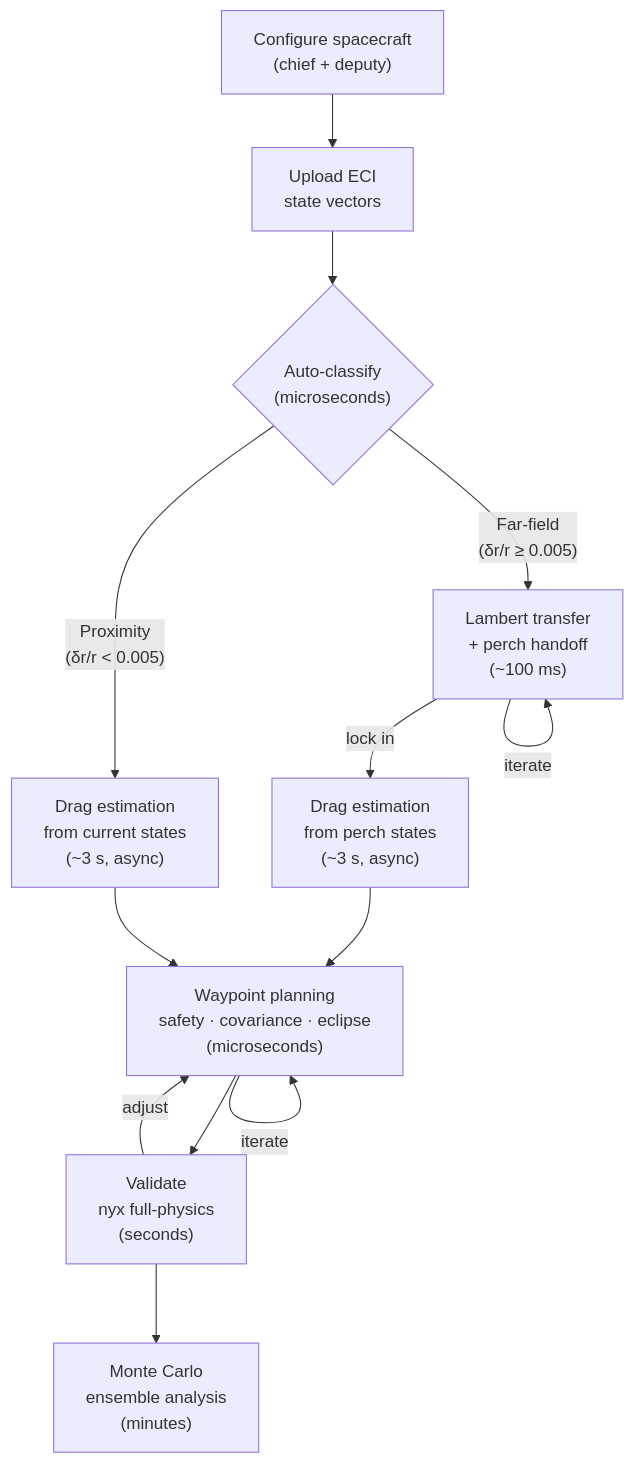
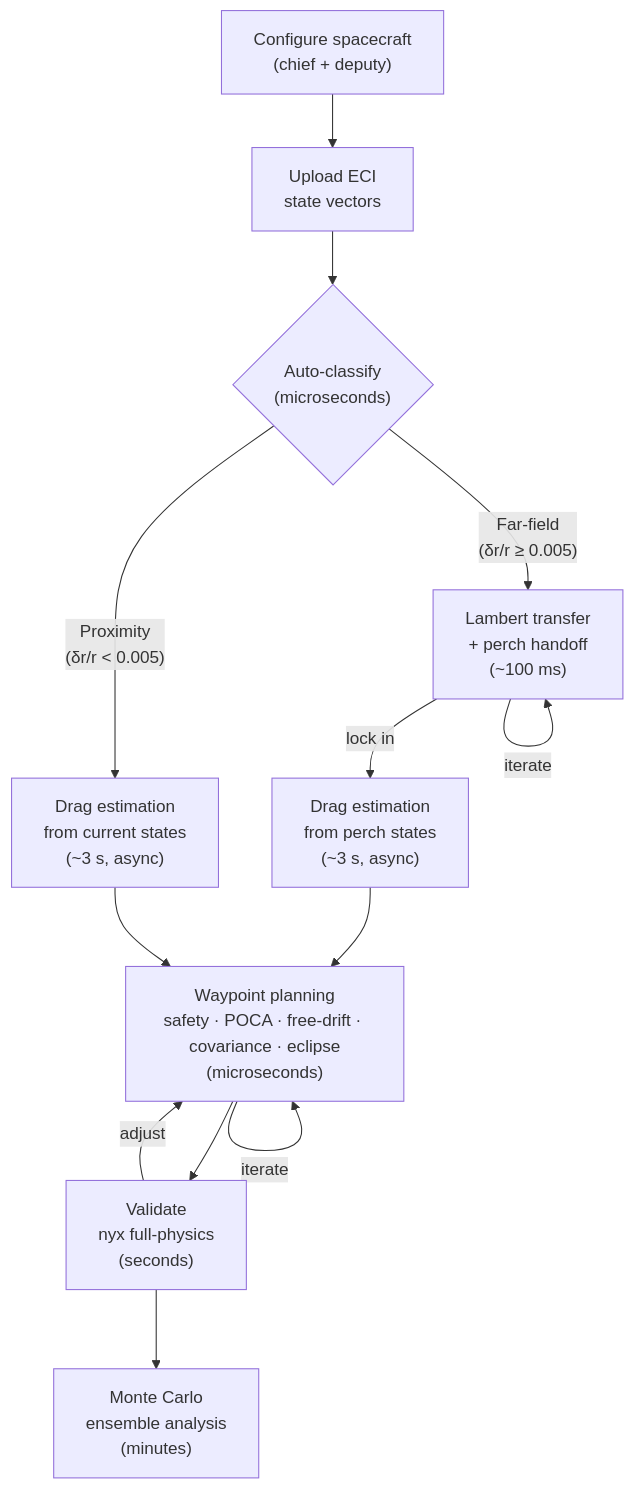
One commit to sakobu/rpo-toolkit changed the diagram in README.md. Above: the diagram before and after it, drawn with Mermaid. The commit also changed other lines of this file and 15 other files, not shown here.

````diff
--- a/README.md
+++ b/README.md
@@ -44,15 +45,15 @@
 ```mermaid
 flowchart TD
     A["Configure spacecraft\n(chief + deputy)"] --> B["Upload ECI\nstate vectors"]
     B --> C{"Auto-classify\n(microseconds)"}
     C -- "Far-field\n(δr/r ≥ 0.005)" --> D["Lambert transfer\n+ perch handoff\n(~100 ms)"]
     C -- "Proximity\n(δr/r < 0.005)" --> E2["Drag estimation\nfrom current states\n(~3 s, async)"]
     D -- "iterate" --> D
     D -- "lock in" --> E1["Drag estimation\nfrom perch states\n(~3 s, async)"]
-    E1 --> F["Waypoint planning\nsafety · covariance · eclipse\n(microseconds)"]
+    E1 --> F["Waypoint planning\nsafety · POCA · free-drift · covariance · eclipse\n(microseconds)"]
     E2 --> F
     F -- "iterate" --> F
     F --> G["Validate\nnyx full-physics\n(seconds)"]
     G -- "adjust" --> F
     G --> H["Monte Carlo\nensemble analysis\n(minutes)"]
 ```
````
